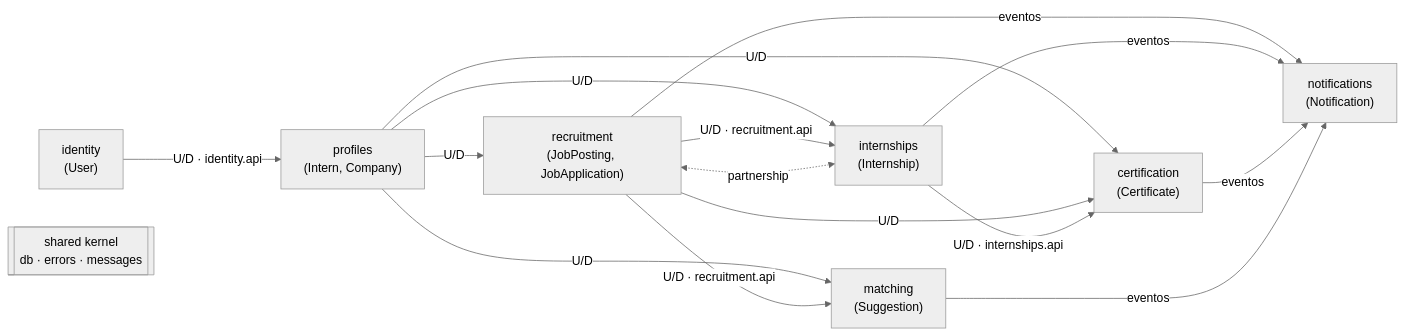
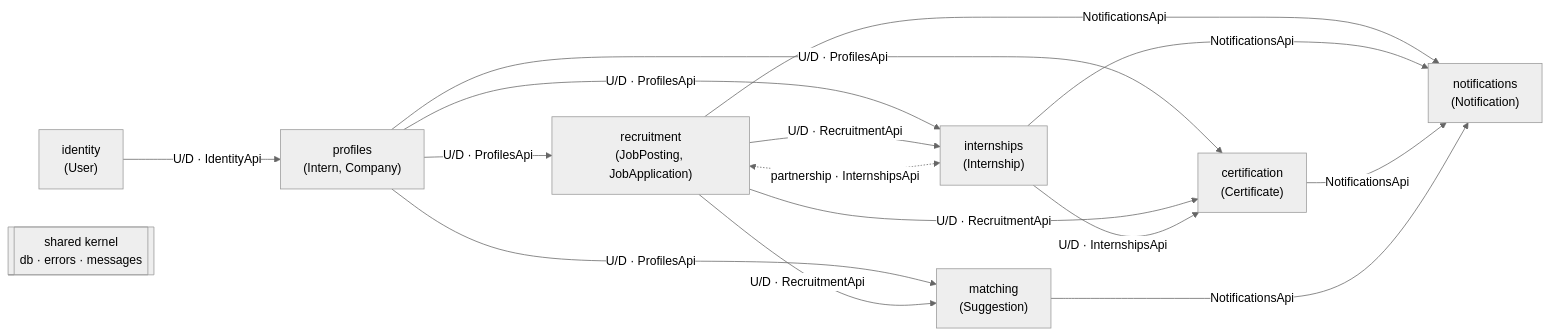
One commit to MoisesCcaso/ChambeaYa changed the third of 3 diagrams in README.md. Above: the diagram before and after it, drawn with Mermaid (neutral theme). The commit also changed other lines of this file and 2 other files, not shown here.

Commit message:
test(architecture): verificar fachadas, controladores y separación cliente/API; docs del monolito modular

````diff
--- a/README.md
+++ b/README.md
@@ -525,26 +577,26 @@
 ```mermaid
 flowchart LR
     identity["identity<br/>(User)"]
     profiles["profiles<br/>(Intern, Company)"]
     recruitment["recruitment<br/>(JobPosting, JobApplication)"]
     matching["matching<br/>(Suggestion)"]
     internships["internships<br/>(Internship)"]
     certification["certification<br/>(Certificate)"]
     notifications["notifications<br/>(Notification)"]
     shared[["shared kernel<br/>db · errors · messages"]]
 
-    identity -- "U/D · identity.api" --> profiles
-    profiles -- "U/D" --> recruitment
-    profiles -- "U/D" --> matching
-    profiles -- "U/D" --> internships
-    profiles -- "U/D" --> certification
-    recruitment -- "U/D · recruitment.api" --> matching
-    recruitment -- "U/D · recruitment.api" --> internships
-    recruitment -- "U/D" --> certification
-    internships <-. "partnership" .-> recruitment
-    internships -- "U/D · internships.api" --> certification
-    recruitment -- "eventos" --> notifications
-    internships -- "eventos" --> notifications
-    certification -- "eventos" --> notifications
-    matching -- "eventos" --> notifications
+    identity -- "U/D · IdentityApi" --> profiles
+    profiles -- "U/D · ProfilesApi" --> recruitment
+    profiles -- "U/D · ProfilesApi" --> matching
+    profiles -- "U/D · ProfilesApi" --> internships
+    profiles -- "U/D · ProfilesApi" --> certification
+    recruitment -- "U/D · RecruitmentApi" --> matching
+    recruitment -- "U/D · RecruitmentApi" --> internships
+    recruitment -- "U/D · RecruitmentApi" --> certification
+    internships <-. "partnership · InternshipsApi" .-> recruitment
+    internships -- "U/D · InternshipsApi" --> certification
+    recruitment -- "NotificationsApi" --> notifications
+    internships -- "NotificationsApi" --> notifications
+    certification -- "NotificationsApi" --> notifications
+    matching -- "NotificationsApi" --> notifications
 ```
````
